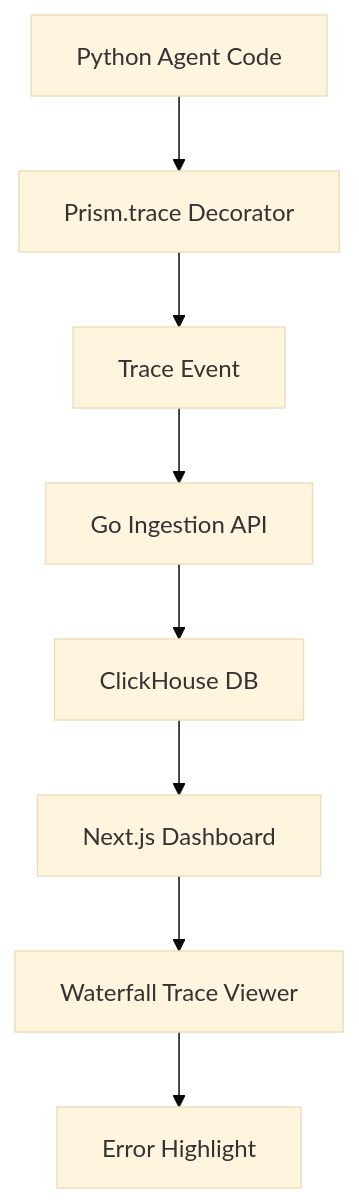
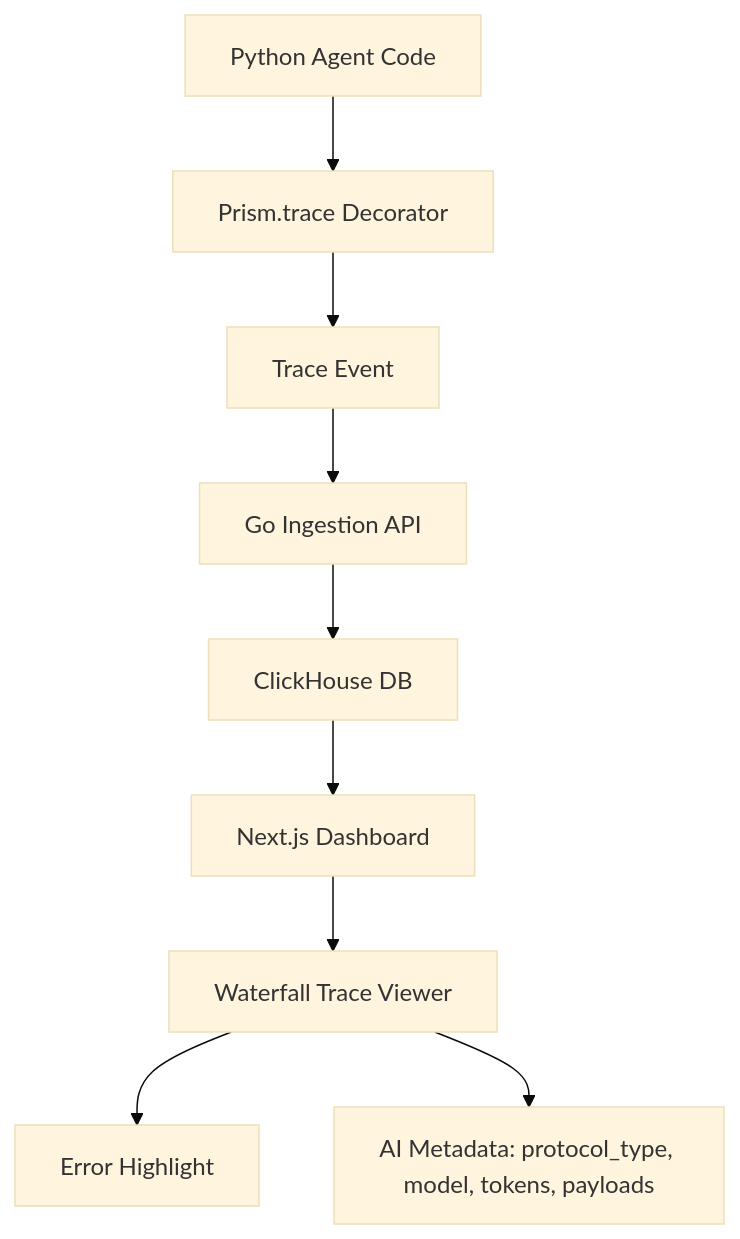
Before and after one commit to SakshamKapoor2911/PrismTrace: the diagram in README.md, drawn with Mermaid (base theme). The commit also changed other lines of this file and 1 other file, not shown here.

Commit message:
Added AI metadata for cost-tracking and additional features

````diff
--- a/README.md
+++ b/README.md
@@ -20,10 +21,11 @@
 ```mermaid
 graph TD
     AgentCode[Python Agent Code] --> Decorator[Prism.trace Decorator]
     Decorator --> TraceEvent[Trace Event]
     TraceEvent --> IngestionAPI[Go Ingestion API]
     IngestionAPI --> DB[ClickHouse DB]
     DB --> Dashboard[Next.js Dashboard]
     Dashboard --> Waterfall[Waterfall Trace Viewer]
     Waterfall --> Error[Error Highlight]
+    Waterfall --> AIMeta[AI Metadata: protocol_type, model, tokens, payloads]
 ```
````
